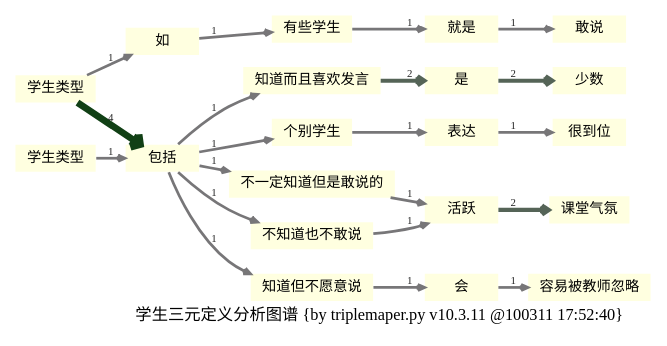
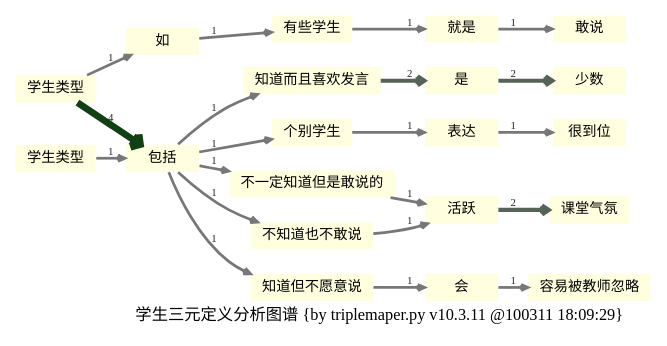
Before and after one commit to ZoomQuiet/sociallearnlab: the diagram in tangle/zoom.quiet/triplemapping/triplemaper.dot, drawn with Graphviz. The commit also changed 3 other files, not shown here.

```diff
--- a/tangle/zoom.quiet/triplemapping/triplemaper.dot
+++ b/tangle/zoom.quiet/triplemapping/triplemaper.dot
@@ -1,76 +1,76 @@
 digraph mainmap {
 /*图片生成命令:: need:: apt-get install graphviz-cairo
 $ dot test.dot -Tpng -o test.png -Tcmapx -o test.map
         style=filled,fillcolor=lightyellow,
         shape=plaintext,        
         ranksep=1.2,size="12,32"
         overlap=false,splines=true,
 */
-    graph [label="学生三元定义分析图谱 {by triplemaper.py v10.3.11 @100311 17:52:40}",
+    graph [label="学生三元定义分析图谱 {by triplemaper.py v10.3.11 @100311 18:09:29}",
         labelloc="b",labeljust="r",
         fontsize=12.0,
         fontname="VeraSansYuanTi-Regular.ttf",
         ratio=compress,
         rankdir=LR,
         ranksep=0.2,
         ];
     node[fontsize=10.5,color=gray70,
         target="new",shape=plaintext,
         style=filled,fillcolor=lightyellow,
         height=0.1,
         ];
     /*dir=both,plaintext		arrowType=vee,
         */
     edge [fontsize=8.0,fontcolor=gray15,
         color=gray40,
         arrowsize=0.5,arrowhead=vee,arrowtail=none,
         len=2.1,
         ];
     /*关系
         len=1.7,
     KUP->PEM    [arrowhead=normal,style="setlinewidth(4)"]; 
     */    
 有些学生 [label="有些学生",URL="#"];
 学生类型 [label="学生类型",URL="#"];
 知道而且喜欢发言 [label="知道而且喜欢发言",URL="#"];
 包括 [label="包括",URL="#"];
 活跃 [label="活跃",URL="#"];
 表达 [label="表达",URL="#"];
 不知道也不敢说 [label="不知道也不敢说",URL="#"];
 是 [label="是",URL="#"];
 就是 [label="就是",URL="#"];
 个别学生 [label="个别学生",URL="#"];
 会 [label="会",URL="#"];
 知道但不愿意说 [label="知道但不愿意说",URL="#"];
 如 [label="如",URL="#"];
 ﻿学生类型 [label="﻿学生类型",URL="#"];
 不一定知道但是敢说的 [label="不一定知道但是敢说的",URL="#"];
 
 
     /*页面
     Td    [label="Toad\n未来特性管理视图",shape=component,URL=""];
     */
 
 有些学生->就是 [label="1",style="setlinewidth(2)",color="#777678"];
 学生类型->如 [label="1",style="setlinewidth(2)",color="#777678"];
 学生类型->包括 [label="4",style="setlinewidth(5)",color="#114015"];
 知道而且喜欢发言->是 [label="2",style="setlinewidth(3)",color="#556457"];
 包括->不知道也不敢说 [label="1",style="setlinewidth(2)",color="#777678"];
 包括->知道而且喜欢发言 [label="1",style="setlinewidth(2)",color="#777678"];
 包括->个别学生 [label="1",style="setlinewidth(2)",color="#777678"];
 包括->知道但不愿意说 [label="1",style="setlinewidth(2)",color="#777678"];
 包括->不一定知道但是敢说的 [label="1",style="setlinewidth(2)",color="#777678"];
 活跃->课堂气氛 [label="2",style="setlinewidth(3)",color="#556457"];
 表达->很到位 [label="1",style="setlinewidth(2)",color="#777678"];
 不知道也不敢说->活跃 [label="1",style="setlinewidth(2)",color="#777678"];
 是->少数 [label="2",style="setlinewidth(3)",color="#556457"];
 就是->敢说 [label="1",style="setlinewidth(2)",color="#777678"];
 个别学生->表达 [label="1",style="setlinewidth(2)",color="#777678"];
 会->容易被教师忽略 [label="1",style="setlinewidth(2)",color="#777678"];
 知道但不愿意说->会 [label="1",style="setlinewidth(2)",color="#777678"];
 如->有些学生 [label="1",style="setlinewidth(2)",color="#777678"];
 ﻿学生类型->包括 [label="1",style="setlinewidth(2)",color="#777678"];
 不一定知道但是敢说的->活跃 [label="1",style="setlinewidth(2)",color="#777678"];
 
 
 }
```
